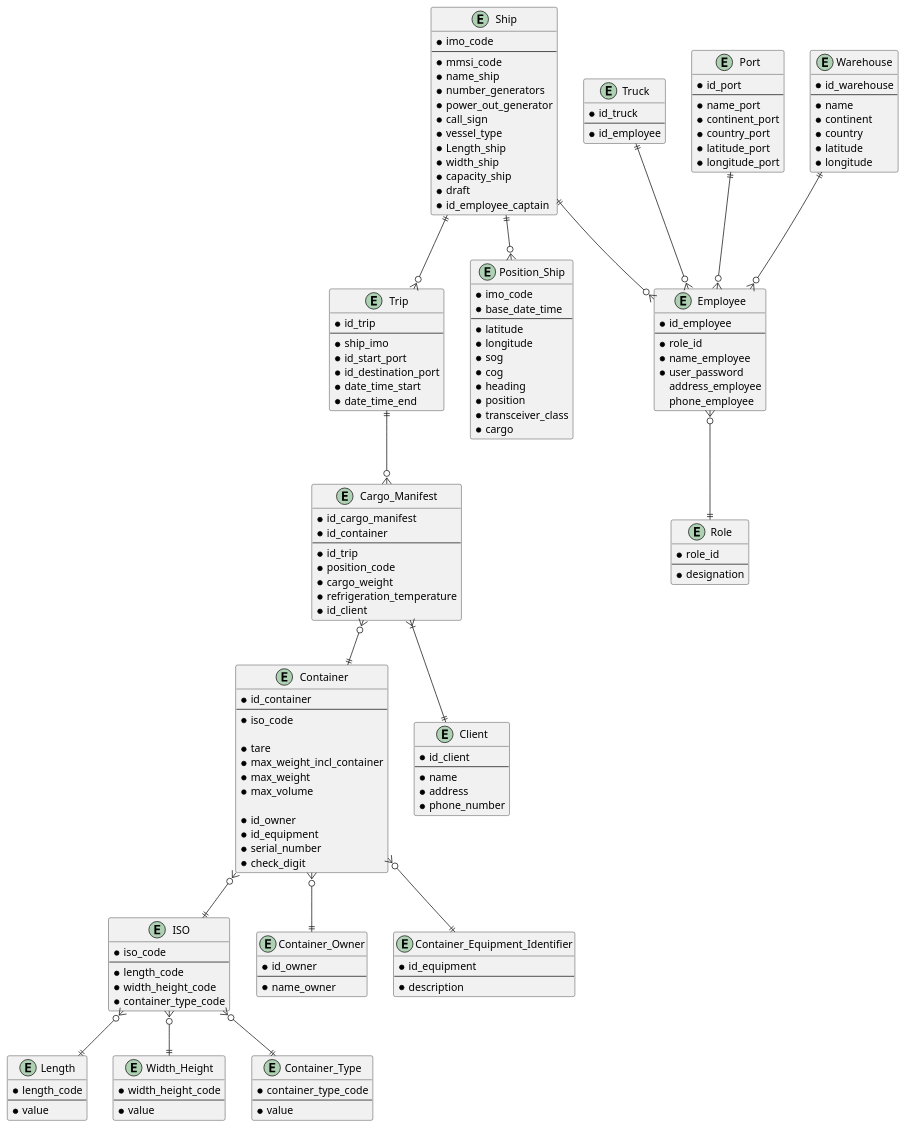
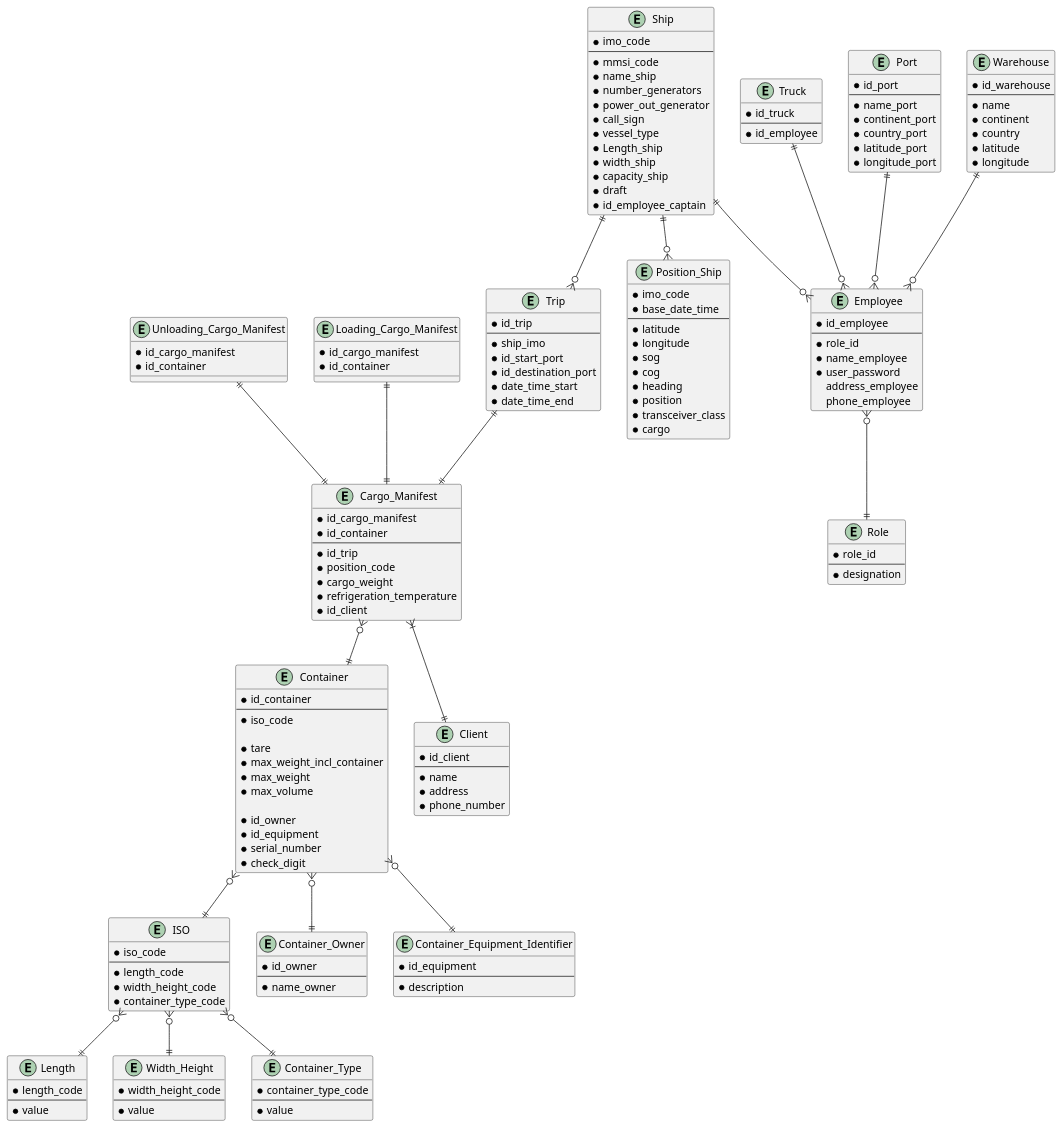
The diagram in docs/Sprint 2/US/US108/logical_model.puml (1190772/LAB-Project-3), drawn with PlantUML before and after one commit. The commit also changed 6 other files, not shown here.

```diff
--- a/docs/Sprint 2/US/US108/logical_model.puml
+++ b/docs/Sprint 2/US/US108/logical_model.puml
@@ -1,177 +1,190 @@
 @startuml
 
 entity Trip {
 * id_trip
 --
 * ship_imo
 * id_start_port
 * id_destination_port
 * date_time_start
 * date_time_end
 }
 
 entity Container {
 * id_container
 --
 * iso_code
 
 * tare
 * max_weight_incl_container
 * max_weight
 * max_volume
 
 * id_owner
 * id_equipment
 * serial_number
 * check_digit
 }
 
 entity ISO {
 * iso_code
 --
 * length_code
 * width_height_code
 * container_type_code
 }
 
 entity Length {
 * length_code
 --
 * value
 }
 
 entity Width_Height {
 * width_height_code
 --
 * value
 }
 
 entity Container_Type {
 * container_type_code
 --
 * value
 }
 
 entity Cargo_Manifest {
 * id_cargo_manifest
 * id_container
 --
 * id_trip
 * position_code
 * cargo_weight
 * refrigeration_temperature
 * id_client
+}
+
+entity Unloading_Cargo_Manifest {
+* id_cargo_manifest
+* id_container
+}
+
+entity Loading_Cargo_Manifest {
+* id_cargo_manifest
+* id_container
 }
 
 entity Truck {
 * id_truck
 --
 * id_employee
 }
 
 entity Ship {
 * imo_code
 --
 * mmsi_code
 * name_ship
 * number_generators
 * power_out_generator
 * call_sign
 * vessel_type
 * Length_ship
 * width_ship
 * capacity_ship
 * draft
 * id_employee_captain
 }
 
 entity Port {
 * id_port
 --
 * name_port
 * continent_port
 * country_port
 * latitude_port
 * longitude_port
 }
 
 entity Warehouse {
 * id_warehouse
 --
 * name
 * continent
 * country
 * latitude
 * longitude
 }
 
 entity Employee{
 * id_employee
 --
 * role_id
 * name_employee
 * user_password
  address_employee
  phone_employee
 }
 
 entity Position_Ship {
 * imo_code
 * base_date_time
 --
 * latitude
 * longitude
 * sog
 * cog
 * heading
 * position
 * transceiver_class
 * cargo
 }
 
 entity Role {
 * role_id
 --
 * designation
 }
 
 entity Client {
 * id_client
 --
 * name
 * address
 * phone_number
 }
 
 entity Container_Owner {
 * id_owner
 --
 * name_owner
 }
 
 entity Container_Equipment_Identifier {
 * id_equipment
 --
 * description
 }
 
 ISO }o--|| Length
 ISO }o--|| Width_Height
 ISO }o--|| Container_Type
 
 Container }o--|| Container_Owner
 Container }o--|| Container_Equipment_Identifier
 Container }o--|| ISO
-Trip ||--o{ Cargo_Manifest
+Trip ||--|| Cargo_Manifest
 Cargo_Manifest }o--|| Container
 Cargo_Manifest }|--|| Client
 Ship ||--o{ Position_Ship
 
 Truck ||--o{ Employee
 Ship ||--o{ Trip
 Ship ||--o{ Employee
 Warehouse ||--o{ Employee
 Port ||--o{ Employee
 Employee }o--|| Role
 
+Unloading_Cargo_Manifest ||--|| Cargo_Manifest
+Loading_Cargo_Manifest ||--|| Cargo_Manifest
+
 @enduml
```
